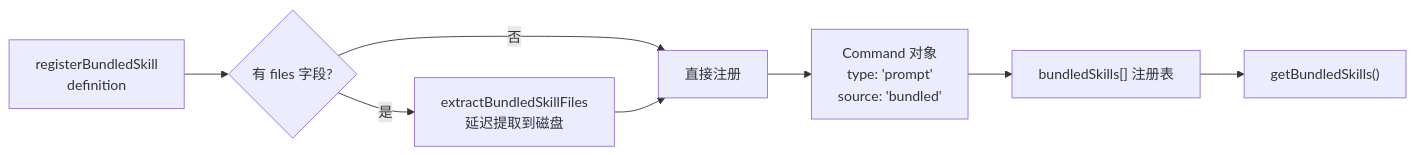
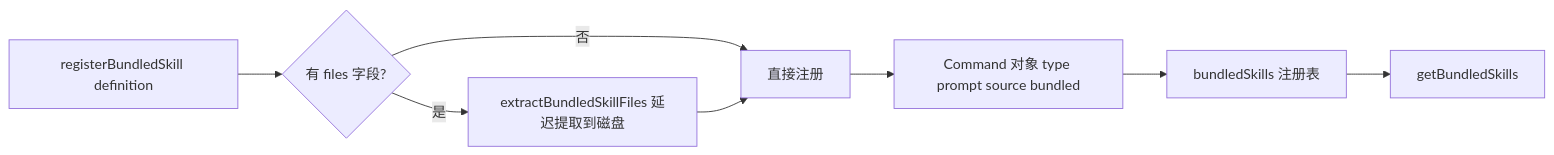
Before and after one commit to niuma996/claude-code-sourcemap-wiki: the third of 7 diagrams in .nium-wiki/wiki/core/skills.md, drawn with Mermaid. The commit also changed other lines of this file and 1976 other files, not shown here.

````diff
--- a/.nium-wiki/wiki/core/skills.md
+++ b/.nium-wiki/wiki/core/skills.md
@@ -139,10 +139,10 @@
 ```mermaid
 flowchart LR
-    A["registerBundledSkill<br/>definition"] --> B{有 files 字段?}
-    B -->|是| C["extractBundledSkillFiles<br/>延迟提取到磁盘"]
-    B -->|否| D["直接注册"]
+    A[registerBundledSkill definition] --> B{有 files 字段?}
+    B -->|是| C[extractBundledSkillFiles 延迟提取到磁盘]
+    B -->|否| D[直接注册]
     C --> D
-    D --> E["Command 对象<br/>type: 'prompt'<br/>source: 'bundled'"]
-    E --> F["bundledSkills[] 注册表"]
-    F --> G["getBundledSkills()"]
+    D --> E[Command 对象 type prompt source bundled]
+    E --> F[bundledSkills 注册表]
+    F --> G[getBundledSkills]
 ```
````
